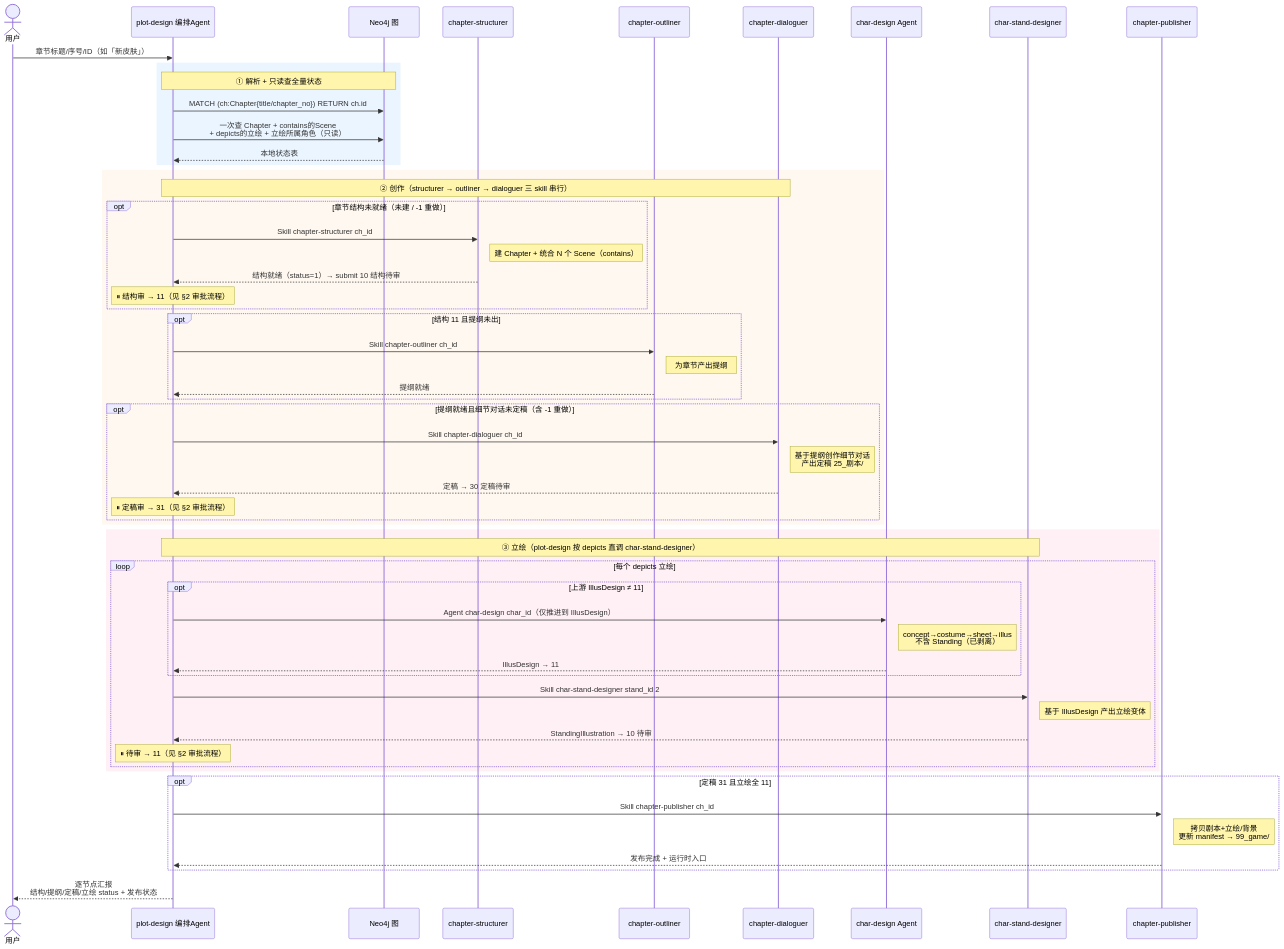
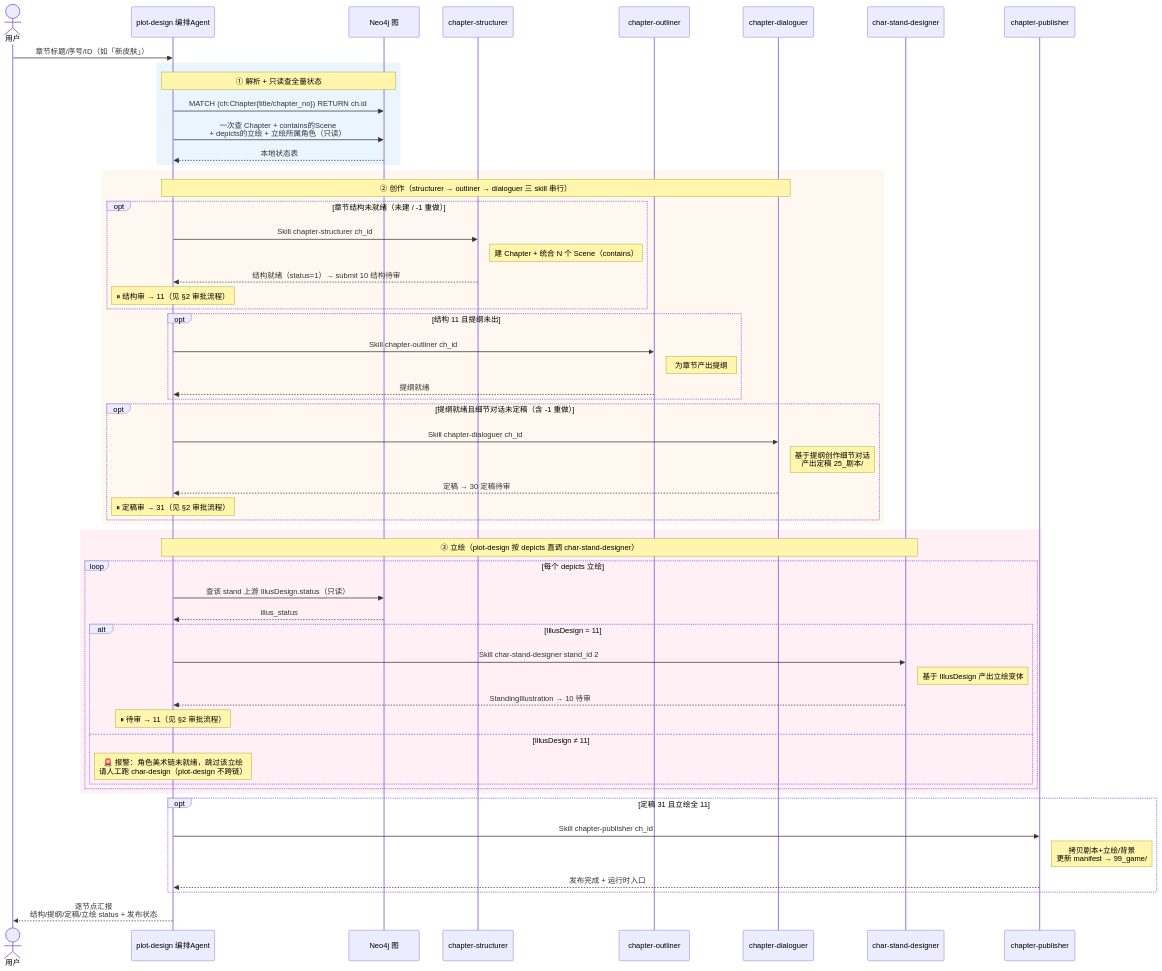
The fourth of 4 diagrams in README.md (CrazyJinn/OtheredGlass), drawn with Mermaid before and after one commit. The commit also changed other lines of this file and 2 other files, not shown here.

Commit message:
refactor: plot-design 不跨链调 char-design + 移除 skill-creator 引用
- plot-design 发现立绘上游 IllusDesign 未就绪时报警跳过，不再委派 char-design（角色美术链由人工单独跑）；tools 去掉 Agent，立绘段 opt 改 alt 报警分支
- 移除 README / CLAUDE.md 中的 skill-creator 引用

````diff
--- a/README.md
+++ b/README.md
@@ -239,65 +238,65 @@
 ```mermaid
 sequenceDiagram
     actor U as 用户
     participant A as plot-design 编排Agent
     participant DB as Neo4j 图
     participant ST as chapter-structurer
     participant OL as chapter-outliner
     participant DG as chapter-dialoguer
-    participant CD as char-design Agent
     participant Stand as char-stand-designer
     participant Pub as chapter-publisher
 
     U->>A: 章节标题/序号/ID（如「新皮肤」）
 
     rect rgb(235, 245, 255)
     Note over A,DB: ① 解析 + 只读查全量状态
     A->>DB: MATCH (ch:Chapter{title/chapter_no}) RETURN ch.id
     A->>DB: 一次查 Chapter + contains的Scene<br/>+ depicts的立绘 + 立绘所属角色（只读）
     DB-->>A: 本地状态表
     end
 
     rect rgb(255, 248, 240)
     Note over A,DG: ② 创作（structurer → outliner → dialoguer 三 skill 串行）
     opt 章节结构未就绪（未建 / -1 重做）
         A->>ST: Skill chapter-structurer ch_id
         Note right of ST: 建 Chapter + 统合 N 个 Scene（contains）
         ST-->>A: 结构就绪（status=1）→ submit 10 结构待审
         Note over A: ⏸ 结构审 → 11（见 §2 审批流程）
     end
     opt 结构 11 且提纲未出
         A->>OL: Skill chapter-outliner ch_id
         Note right of OL: 为章节产出提纲
         OL-->>A: 提纲就绪
     end
     opt 提纲就绪且细节对话未定稿（含 -1 重做）
         A->>DG: Skill chapter-dialoguer ch_id
         Note right of DG: 基于提纲创作细节对话<br/>产出定稿 25_剧本/
         DG-->>A: 定稿 → 30 定稿待审
         Note over A: ⏸ 定稿审 → 31（见 §2 审批流程）
     end
     end
 
     rect rgb(255, 240, 245)
     Note over A,Stand: ③ 立绘（plot-design 按 depicts 直调 char-stand-designer）
     loop 每个 depicts 立绘
-        opt 上游 IllusDesign ≠ 11
-            A->>CD: Agent char-design char_id（仅推进到 IllusDesign）
-            Note right of CD: concept→costume→sheet→illus<br/>不含 Standing（已剥离）
-            CD-->>A: IllusDesign → 11
+        A->>DB: 查该 stand 上游 IllusDesign.status（只读）
+        DB-->>A: illus_status
+        alt IllusDesign = 11
+            A->>Stand: Skill char-stand-designer stand_id 2
+            Note right of Stand: 基于 IllusDesign 产出立绘变体
+            Stand-->>A: StandingIllustration → 10 待审
+            Note over A: ⏸ 待审 → 11（见 §2 审批流程）
+        else IllusDesign ≠ 11
+            Note over A: 🚨 报警：角色美术链未就绪，跳过该立绘<br/>请人工跑 char-design（plot-design 不跨链）
         end
-        A->>Stand: Skill char-stand-designer stand_id 2
-        Note right of Stand: 基于 IllusDesign 产出立绘变体
-        Stand-->>A: StandingIllustration → 10 待审
-        Note over A: ⏸ 待审 → 11（见 §2 审批流程）
     end
     end
 
     opt 定稿 31 且立绘全 11
         A->>Pub: Skill chapter-publisher ch_id
         Note right of Pub: 拷贝剧本+立绘/背景<br/>更新 manifest → 99_game/
         Pub-->>A: 发布完成 + 运行时入口
     end
 
     A-->>U: 逐节点汇报<br/>结构/提纲/定稿/立绘 status + 发布状态
 ```
````
